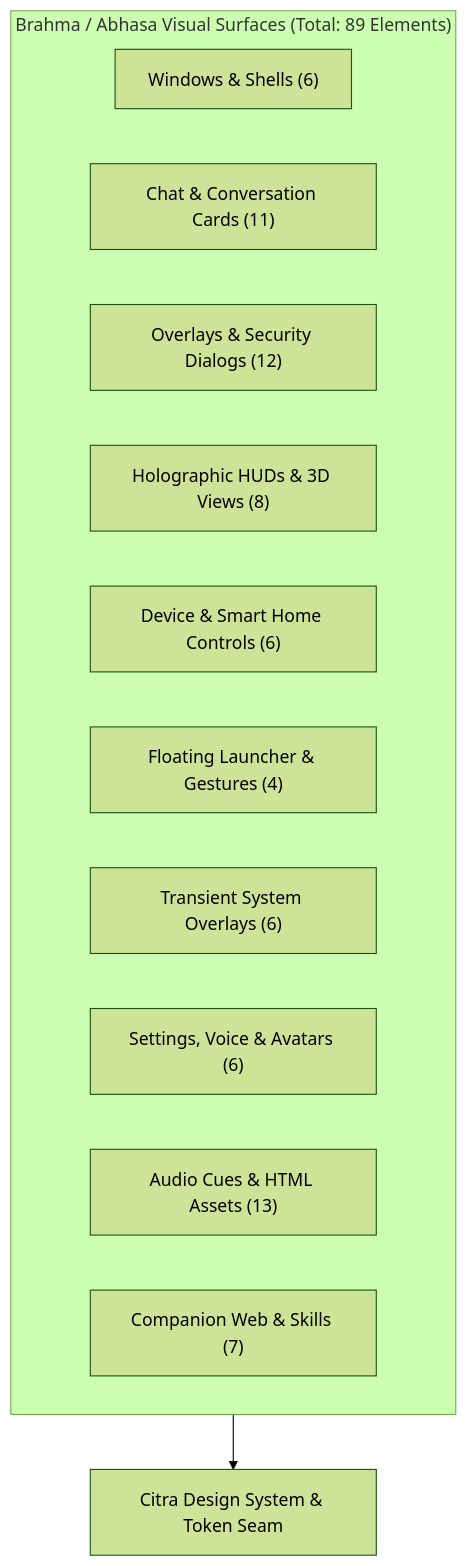
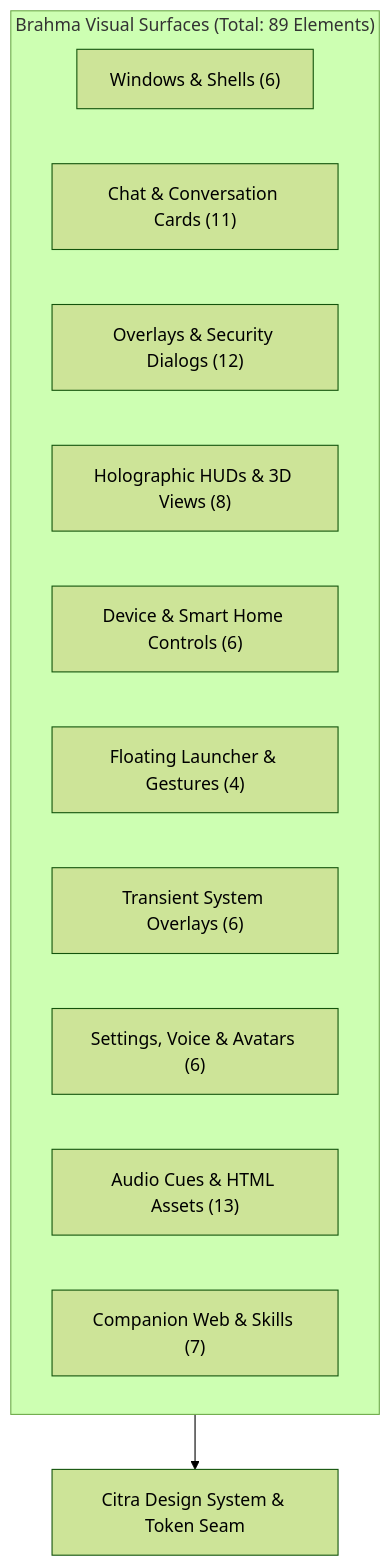
The diagram in docs/CURRENT-VISUAL-INVENTORY.md (SynapticSmith/Brahma-Ai-Evo), drawn with Mermaid (forest theme) before and after one commit. The commit also changed other lines of this file and 43 other files, not shown here.

````diff
--- a/docs/CURRENT-VISUAL-INVENTORY.md
+++ b/docs/CURRENT-VISUAL-INVENTORY.md
@@ -21,16 +21,16 @@
 ```mermaid
 flowchart TD
-    subgraph Surfaces["Brahma / Abhasa Visual Surfaces (Total: 89 Elements)"]
+    subgraph Surfaces["Brahma Visual Surfaces (Total: 89 Elements)"]
         W["Windows & Shells (6)"]
         C["Chat & Conversation Cards (11)"]
         O["Overlays & Security Dialogs (12)"]
         H["Holographic HUDs & 3D Views (8)"]
         D["Device & Smart Home Controls (6)"]
         F["Floating Launcher & Gestures (4)"]
         T["Transient System Overlays (6)"]
         S["Settings, Voice & Avatars (6)"]
         A["Audio Cues & HTML Assets (13)"]
         K["Companion Web & Skills (7)"]
     end
     Surfaces --> CitraMap["Citra Design System & Token Seam"]
 ```
````
